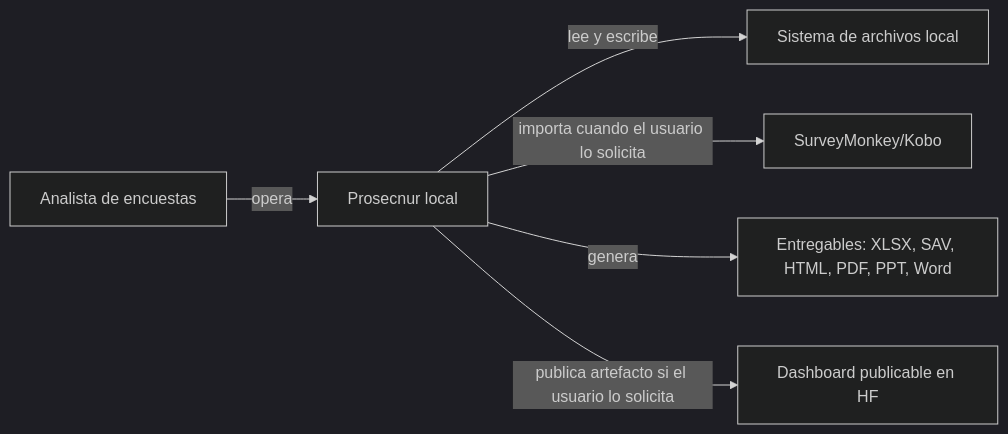
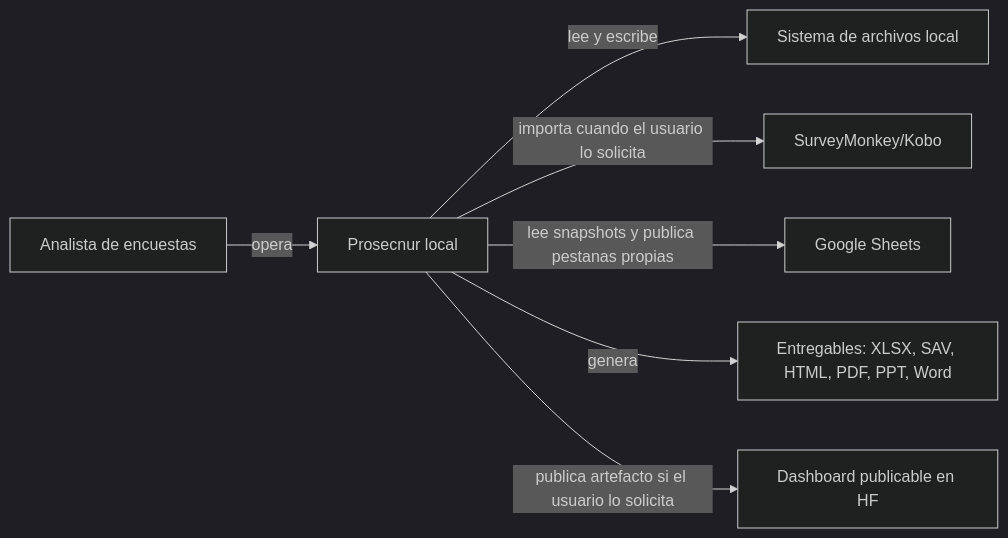
The first of 3 diagrams in docs/arquitectura-prosecnur.md (GonzaloAlmendariz/prosecnur-app), drawn with Mermaid (dark theme) before and after one commit. The commit also changed other lines of this file and 25 other files, not shown here.

````diff
--- a/docs/arquitectura-prosecnur.md
+++ b/docs/arquitectura-prosecnur.md
@@ -54,15 +56,17 @@
 ```mermaid
 flowchart LR
   analista["Analista de encuestas"]
   app["Prosecnur local"]
   fs["Sistema de archivos local"]
   sm["SurveyMonkey/Kobo"]
+  sheets["Google Sheets"]
   entregables["Entregables: XLSX, SAV, HTML, PDF, PPT, Word"]
   exportable["Dashboard publicable en HF"]
 
   analista -->|"opera"| app
   app -->|"lee y escribe"| fs
   app -->|"importa cuando el usuario lo solicita"| sm
+  app -->|"lee snapshots y publica pestanas propias"| sheets
   app -->|"genera"| entregables
   app -->|"publica artefacto si el usuario lo solicita"| exportable
 ```
````
